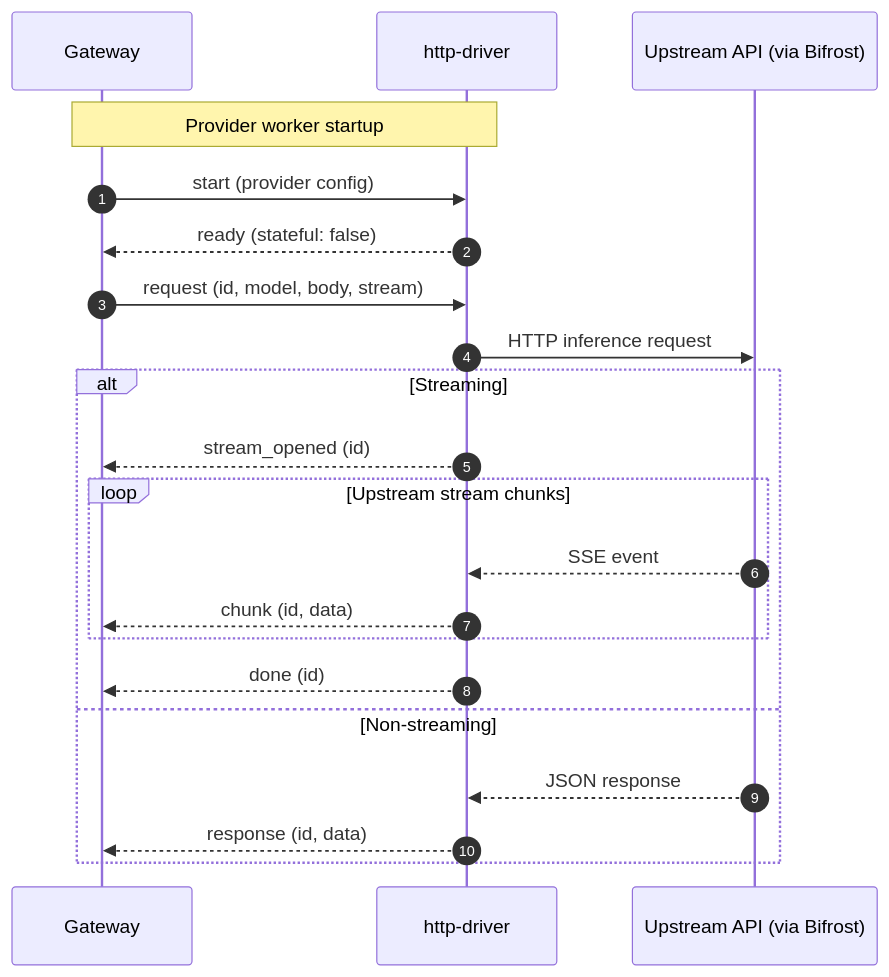
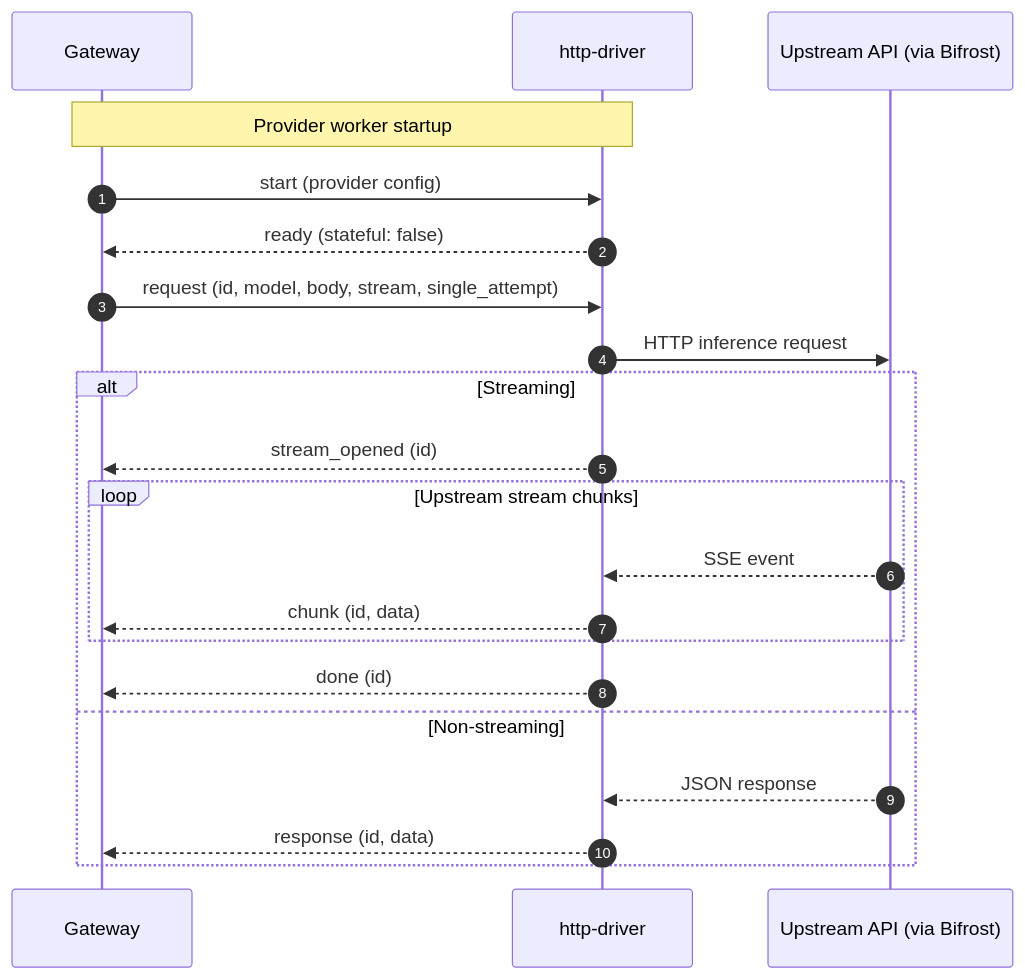
One commit to mytecor/llm-gateway changed the second of 2 diagrams in drivers/http/README.md. Above: the diagram before and after it, drawn with Mermaid. The commit also changed other lines of this file and 56 other files, not shown here.

````diff
--- a/drivers/http/README.md
+++ b/drivers/http/README.md
@@ -17,24 +17,24 @@
 ```mermaid
 sequenceDiagram
     autonumber
     participant GW as Gateway
     participant Driver as http-driver
     participant API as Upstream API (via Bifrost)
 
     Note over GW,Driver: Provider worker startup
     GW->>Driver: start (provider config)
     Driver-->>GW: ready (stateful: false)
-    GW->>Driver: request (id, model, body, stream)
+    GW->>Driver: request (id, model, body, stream, single_attempt)
     Driver->>API: HTTP inference request
     alt Streaming
         Driver-->>GW: stream_opened (id)
         loop Upstream stream chunks
             API-->>Driver: SSE event
             Driver-->>GW: chunk (id, data)
         end
         Driver-->>GW: done (id)
     else Non-streaming
         API-->>Driver: JSON response
         Driver-->>GW: response (id, data)
     end
 ```
````
